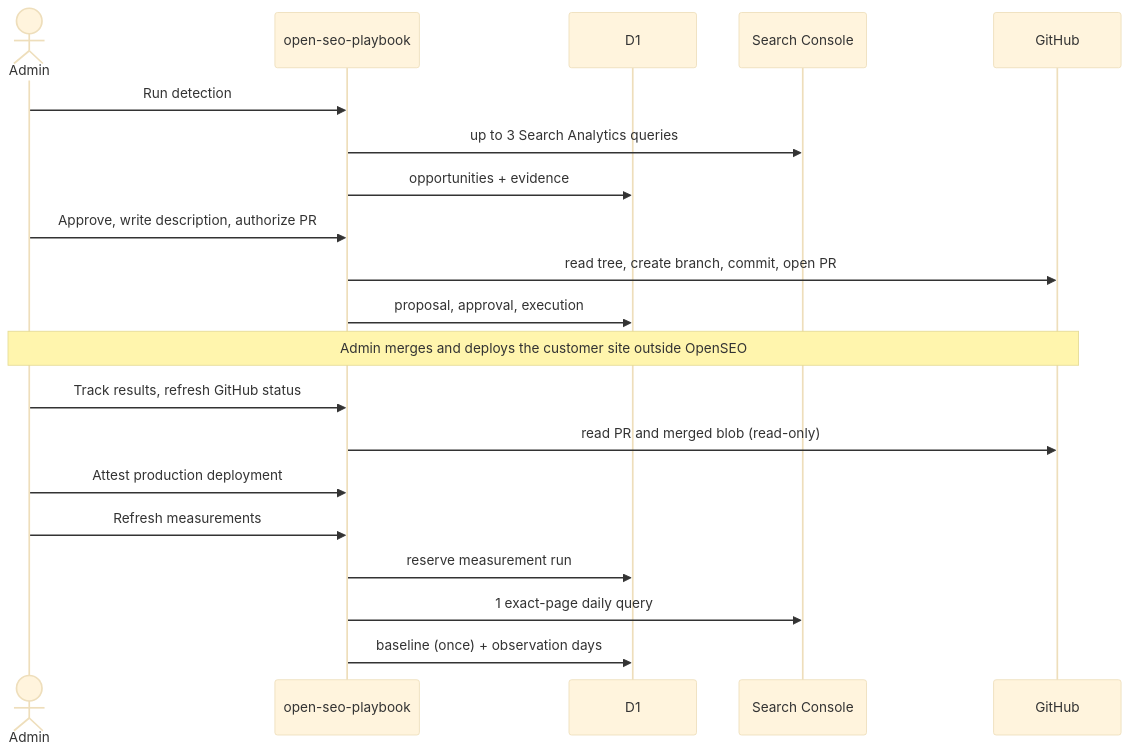
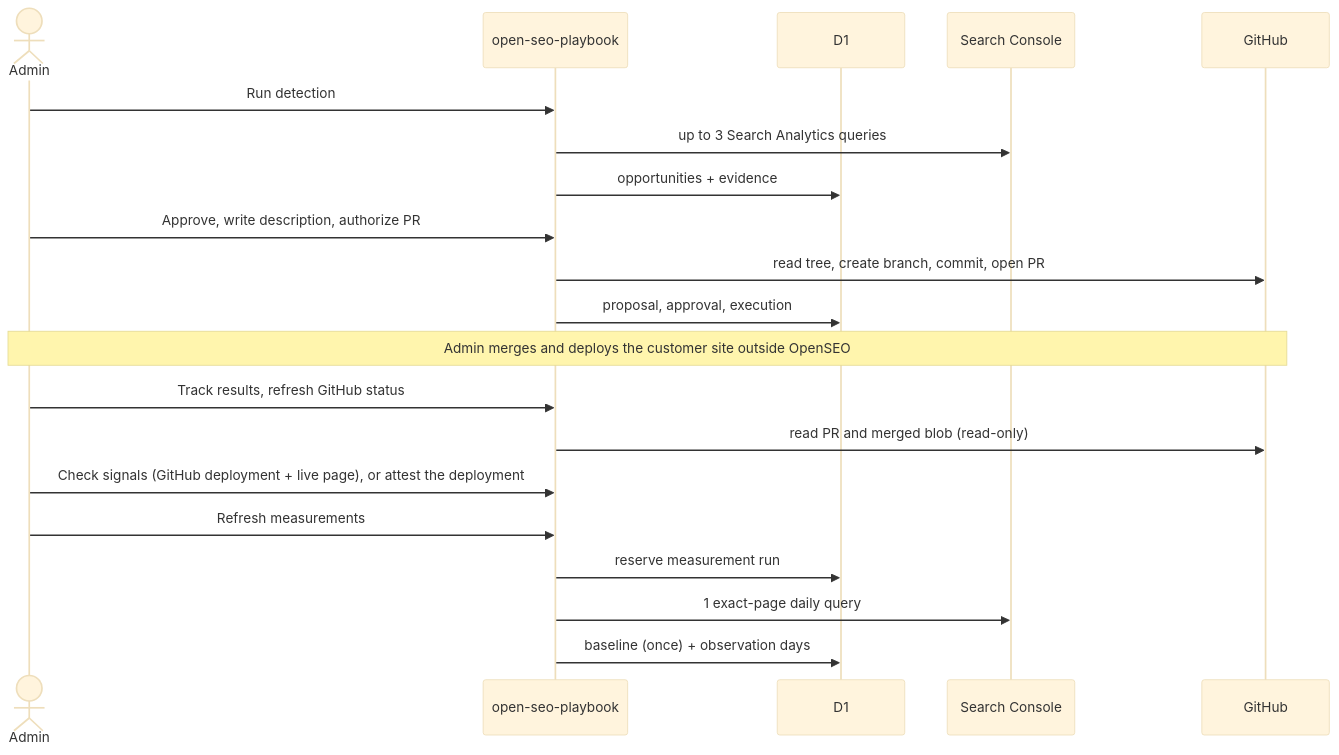
Before and after one commit to PlaybookMediaLLC/open-seo: the fourth of 5 diagrams in docs/maintainers/playbook-deployment.md, drawn with Mermaid (base theme). The commit also changed other lines of this file and 3 other files, not shown here.

````diff
--- a/docs/maintainers/playbook-deployment.md
+++ b/docs/maintainers/playbook-deployment.md
@@ -144,22 +148,22 @@
 ```mermaid
 sequenceDiagram
   actor Admin
   participant App as open-seo-playbook
   participant D1
   participant GSC as Search Console
   participant GH as GitHub
   Admin->>App: Run detection
   App->>GSC: up to 3 Search Analytics queries
   App->>D1: opportunities + evidence
   Admin->>App: Approve, write description, authorize PR
   App->>GH: read tree, create branch, commit, open PR
   App->>D1: proposal, approval, execution
   Note over Admin,GH: Admin merges and deploys the customer site outside OpenSEO
   Admin->>App: Track results, refresh GitHub status
   App->>GH: read PR and merged blob (read-only)
-  Admin->>App: Attest production deployment
+  Admin->>App: Check signals (GitHub deployment + live page), or attest the deployment
   Admin->>App: Refresh measurements
   App->>D1: reserve measurement run
   App->>GSC: 1 exact-page daily query
   App->>D1: baseline (once) + observation days
 ```
````
